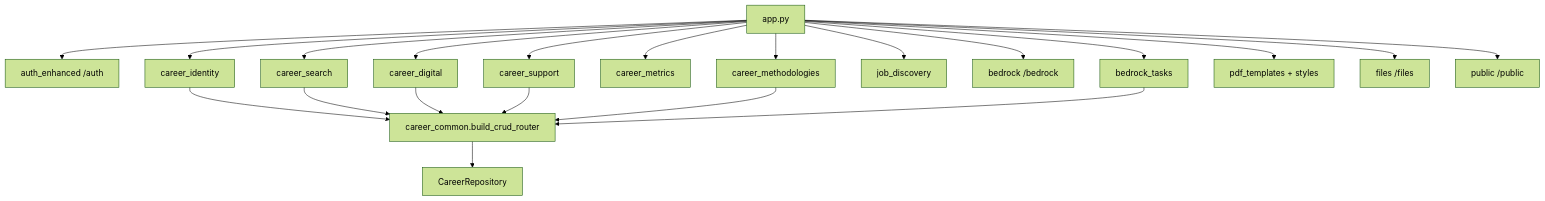
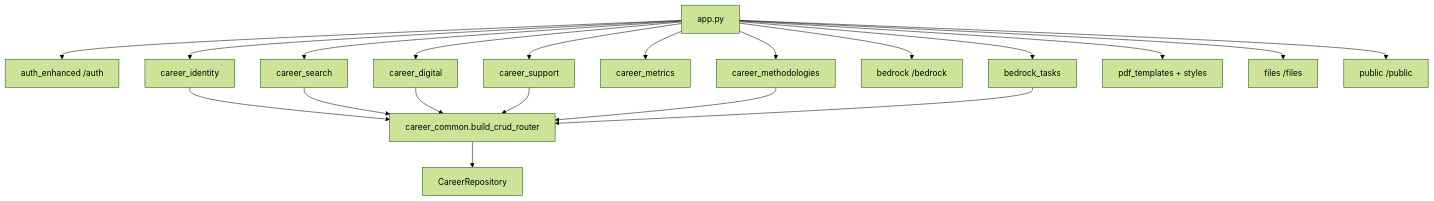
Before and after one commit to cjhirashi/cjhirashi-career: the diagram in cjhirashi-career-api/src/routes/README.md, drawn with Mermaid (forest theme). The commit also changed other lines of this file and 66 other files, not shown here.

````diff
--- a/cjhirashi-career-api/src/routes/README.md
+++ b/cjhirashi-career-api/src/routes/README.md
@@ -9,23 +9,22 @@
 ```mermaid
 flowchart TB
     App[app.py] --> Auth[auth_enhanced /auth]
     App --> Identity[career_identity]
     App --> Search[career_search]
     App --> Digital[career_digital]
     App --> Support[career_support]
     App --> Metrics[career_metrics]
     App --> Methods[career_methodologies]
-    App --> Jobs[job_discovery]
     App --> Bedrock[bedrock /bedrock]
     App --> Tasks[bedrock_tasks]
     App --> PDF[pdf_templates + styles]
     App --> Files[files /files]
     App --> Public[public /public]
     Identity --> Factory[career_common.build_crud_router]
     Search --> Factory
     Digital --> Factory
     Support --> Factory
     Methods --> Factory
     Tasks --> Factory
     Factory --> Repo[CareerRepository]
 ```
````
